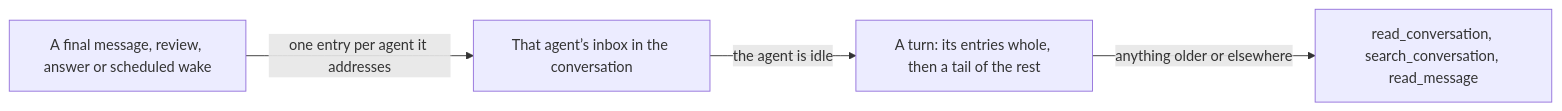
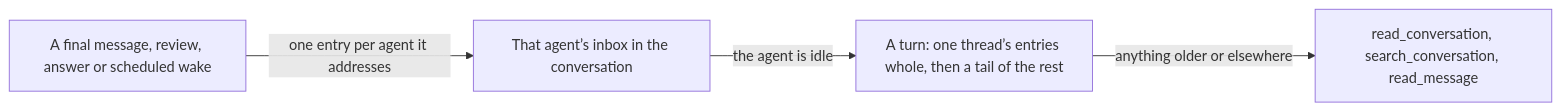
Before and after one commit to HJeon139/postbox: the second of 3 diagrams in designs/rooms-at-scale.md, drawn with Mermaid. The commit also changed other lines of this file, not shown here.

````diff
--- a/designs/rooms-at-scale.md
+++ b/designs/rooms-at-scale.md
@@ -104,6 +104,6 @@
 ```mermaid
 flowchart LR
   M[A final message, review, answer or scheduled wake] -->|one entry per agent it addresses| I[That agent’s inbox in the conversation]
-  I -->|the agent is idle| T[A turn: its entries whole, then a tail of the rest]
+  I -->|the agent is idle| T[A turn: one thread’s entries whole, then a tail of the rest]
   T -->|anything older or elsewhere| P[read_conversation, search_conversation, read_message]
 ```
````
